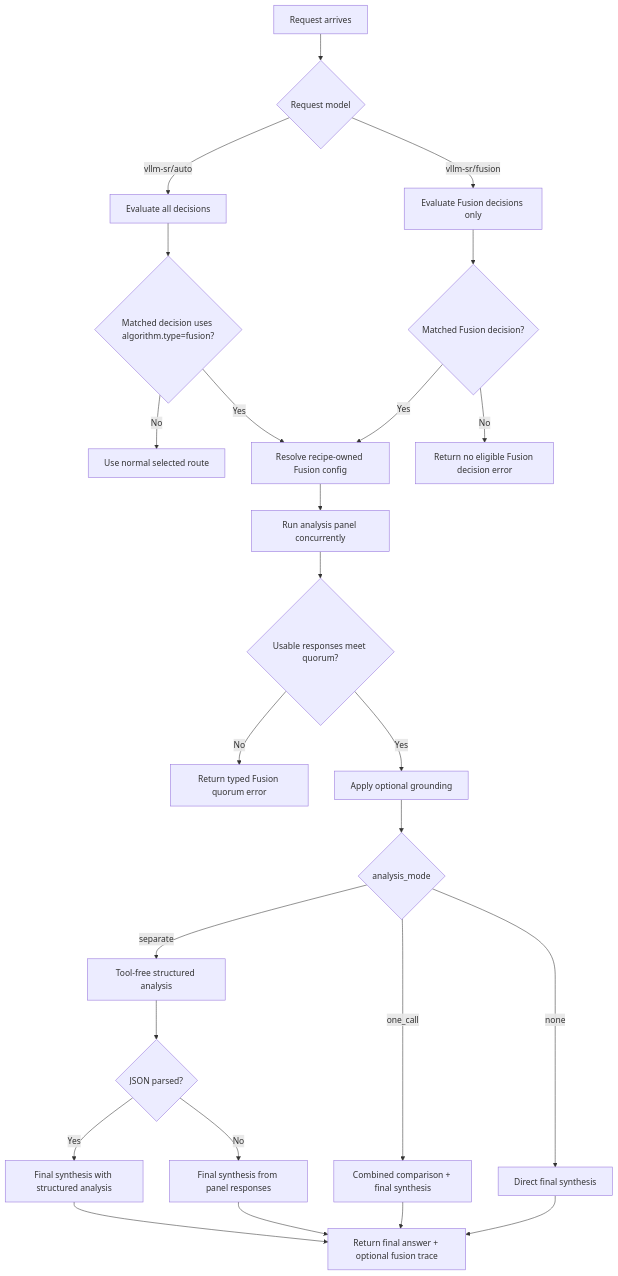
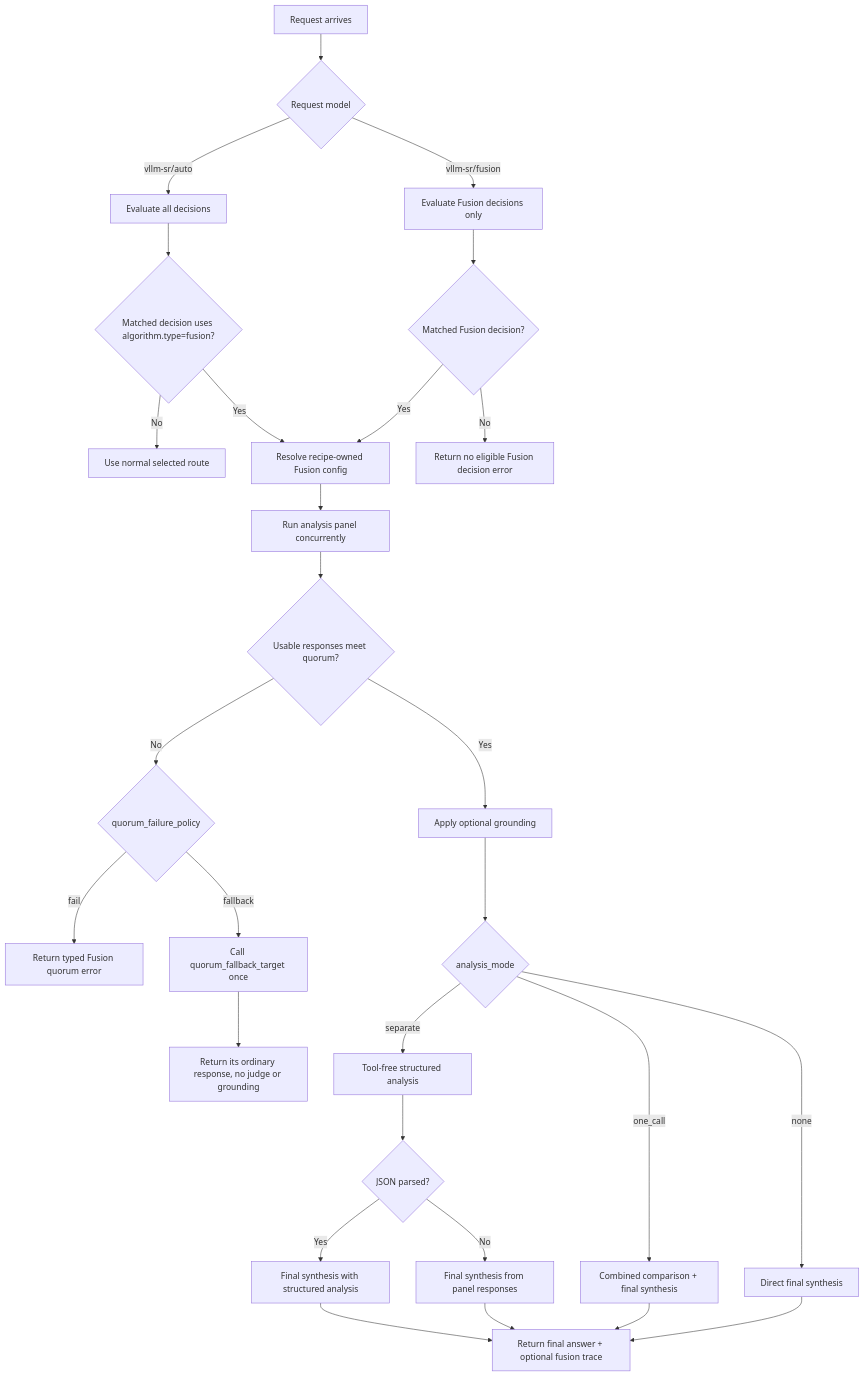
Before and after one commit to vllm-project/semantic-router: the diagram in website/docs/tutorials/algorithm/looper/fusion.md, drawn with Mermaid. The commit also changed other lines of this file and 55 other files, not shown here.

````diff
--- a/website/docs/tutorials/algorithm/looper/fusion.md
+++ b/website/docs/tutorials/algorithm/looper/fusion.md
@@ -51,27 +51,30 @@
 ```mermaid
 flowchart TD
     A[Request arrives] --> B{Request model}
     B -- vllm-sr/auto --> C[Evaluate all decisions]
     B -- vllm-sr/fusion --> D[Evaluate Fusion decisions only]
     C --> E{Matched decision uses algorithm.type=fusion?}
     D --> F{Matched Fusion decision?}
     E -- No --> G[Use normal selected route]
     E -- Yes --> H[Resolve recipe-owned Fusion config]
     F -- Yes --> H
     F -- No --> J[Return no eligible Fusion decision error]
     H --> M[Run analysis panel concurrently]
     M --> N{Usable responses meet quorum?}
-    N -- No --> O[Return typed Fusion quorum error]
+    N -- No --> O{quorum_failure_policy}
+    O -- fail --> O1[Return typed Fusion quorum error]
+    O -- fallback --> O2[Call quorum_fallback_target once]
+    O2 --> O3[Return its ordinary response, no judge or grounding]
     N -- Yes --> P[Apply optional grounding]
     P --> Q{analysis_mode}
     Q -- separate --> R[Tool-free structured analysis]
     R --> S{JSON parsed?}
     S -- Yes --> T[Final synthesis with structured analysis]
     S -- No --> U[Final synthesis from panel responses]
     Q -- one_call --> V[Combined comparison + final synthesis]
     Q -- none --> W[Direct final synthesis]
     T --> X[Return final answer + optional fusion trace]
     U --> X
     V --> X
     W --> X
 ```
````
